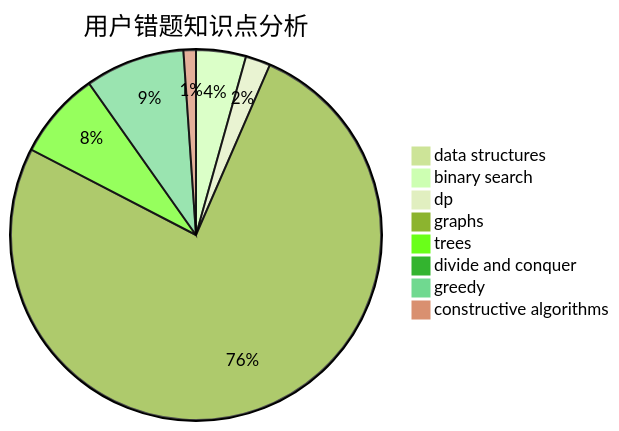
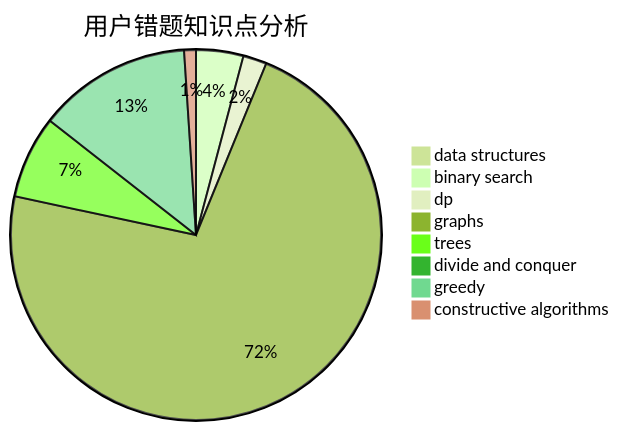
The third of 3 diagrams in docs/user/u212.md (sherpahu/cfrs.github.io), drawn with Mermaid (forest theme) before and after one commit. The commit also changed other lines of this file and 2770 other files, not shown here.

````diff
--- a/docs/user/u212.md
+++ b/docs/user/u212.md
@@ -36,11 +36,11 @@
 ```mermaid
 pie title 用户错题知识点分析
     "data structures" :  0
     "binary search" :  4
     "dp" :  2
     "graphs" :  70
     "trees" :  7
     "divide and conquer" :  0
-    "greedy" :  8
+    "greedy" :  13
     "constructive algorithms" :  1
 ```
````
